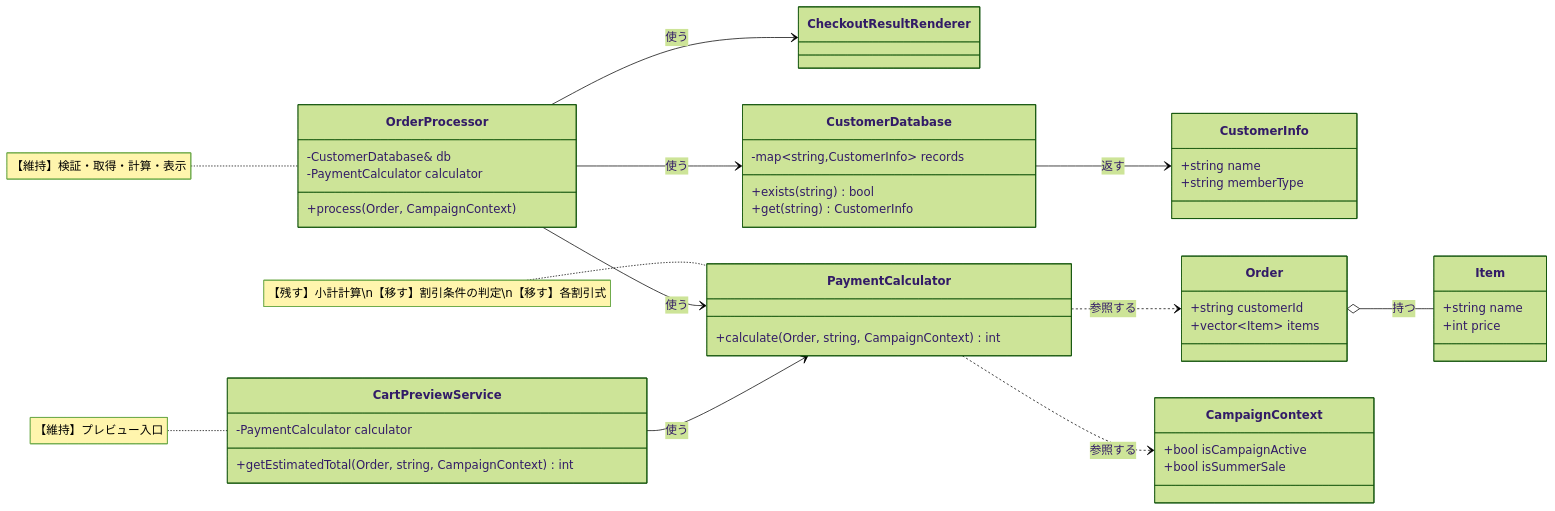
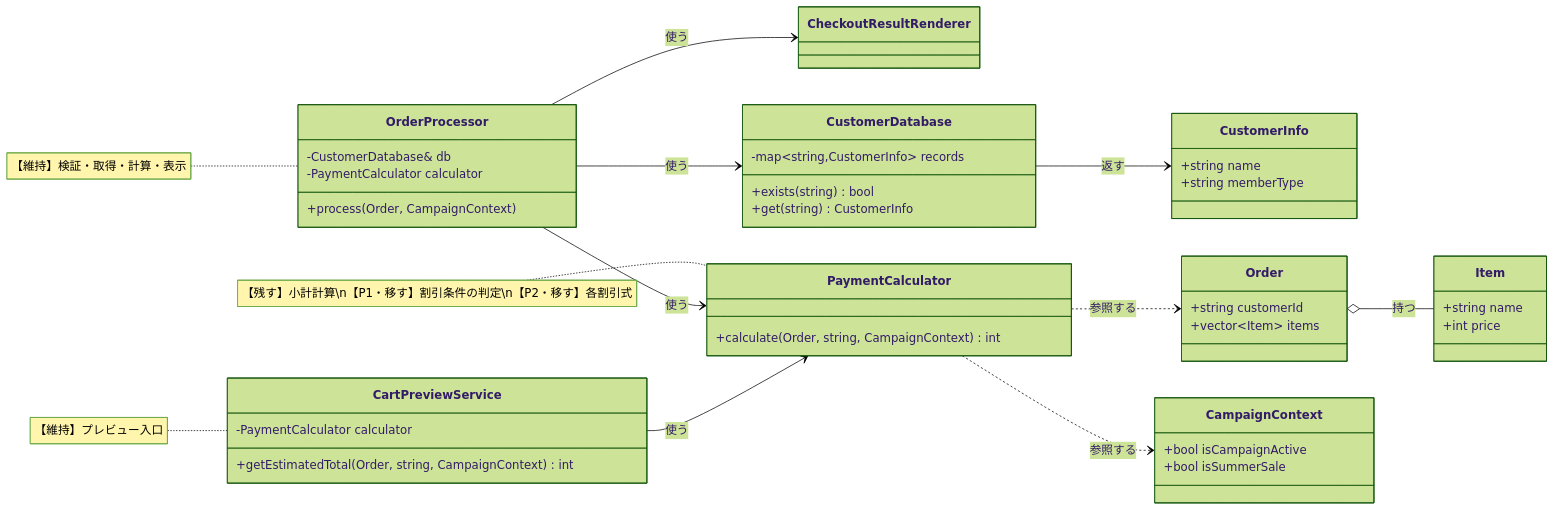
Before and after one commit to kumachan1101-pixel/DesignPattern: the fifth of 11 diagrams in kindle/design-patterns/output/chapter01.md, drawn with Mermaid (forest theme). The commit also changed other lines of this file and 2 other files, not shown here.

````diff
--- a/kindle/design-patterns/output/chapter01.md
+++ b/kindle/design-patterns/output/chapter01.md
@@ -1107,54 +1107,54 @@
 ```mermaid
 classDiagram
     direction LR
     class CheckoutResultRenderer
     class CustomerDatabase {
         -map~string,CustomerInfo~ records
         +exists(string) bool
         +get(string) CustomerInfo
     }
     class CustomerInfo {
         +string name
         +string memberType
     }
     class OrderProcessor {
         -CustomerDatabase& db
         -PaymentCalculator calculator
         +process(Order, CampaignContext)
     }
     class PaymentCalculator {
         +calculate(Order, string, CampaignContext) int
     }
     class CartPreviewService {
         -PaymentCalculator calculator
         +getEstimatedTotal(Order, string, CampaignContext) int
     }
     class Order {
         +string customerId
         +vector~Item~ items
     }
     class Item {
         +string name
         +int price
     }
     class CampaignContext {
         +bool isCampaignActive
         +bool isSummerSale
     }
 
     OrderProcessor --> CustomerDatabase : 使う
     OrderProcessor --> PaymentCalculator : 使う
     OrderProcessor --> CheckoutResultRenderer : 使う
     CustomerDatabase --> CustomerInfo : 返す
     CartPreviewService --> PaymentCalculator : 使う
     PaymentCalculator ..> Order : 参照する
     PaymentCalculator ..> CampaignContext : 参照する
     Order o-- Item : 持つ
 
-    note for PaymentCalculator "【残す】小計計算\n【移す】割引条件の判定\n【移す】各割引式"
+    note for PaymentCalculator "【残す】小計計算\n【P1・移す】割引条件の判定\n【P2・移す】各割引式"
     note for OrderProcessor "【維持】検証・取得・計算・表示"
     note for CartPreviewService "【維持】プレビュー入口"
 
     classDef focus fill:#FFF2CC,stroke:#D6B656,stroke-width:2px,color:#222222
     cssClass "PaymentCalculator" focus
 ```
````
